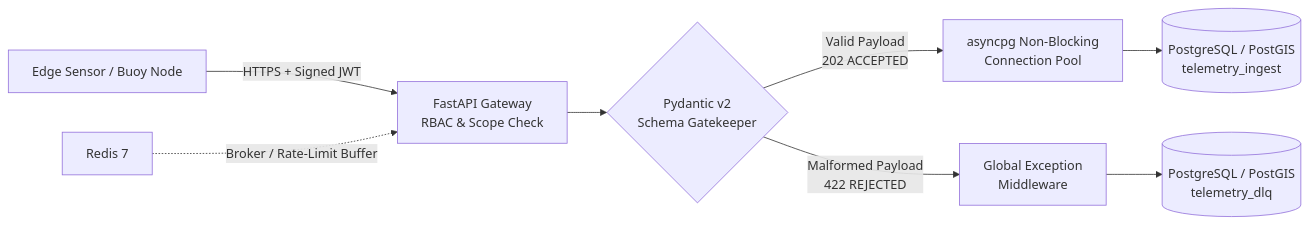
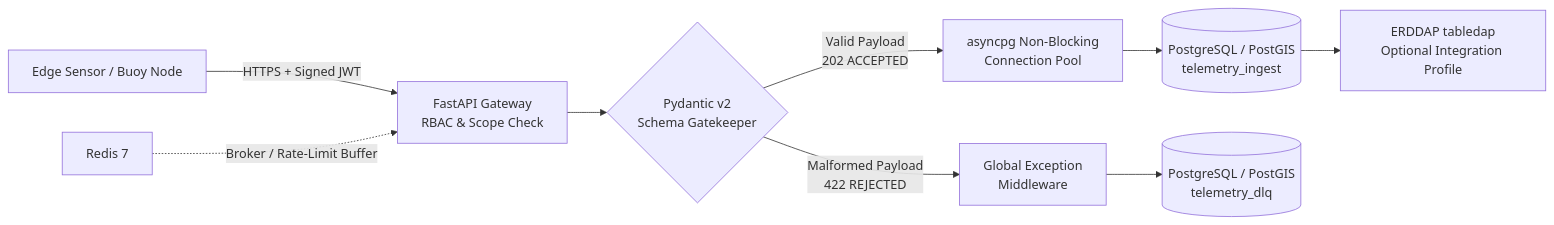
Before and after one commit to NixonDylan/defense-telemetry-pipeline-private: the diagram in README.md, drawn with Mermaid. The commit also changed other lines of this file, not shown here.

First line of the commit message:
Update README with Redis and ERDDAP integration

````diff
--- a/README.md
+++ b/README.md
@@ -9,10 +9,11 @@
 ```mermaid
 flowchart LR
     A[Edge Sensor / Buoy Node] -->|HTTPS + Signed JWT| B[FastAPI Gateway<br/>RBAC & Scope Check]
     B --> C{Pydantic v2<br/>Schema Gatekeeper}
     C -->|Valid Payload<br/>202 ACCEPTED| D[asyncpg Non-Blocking<br/>Connection Pool]
     C -->|Malformed Payload<br/>422 REJECTED| E[Global Exception<br/>Middleware]
     D --> F[(PostgreSQL / PostGIS<br/>telemetry_ingest)]
     E --> G[(PostgreSQL / PostGIS<br/>telemetry_dlq)]
+    F --> I[ERDDAP tabledap<br/>Optional Integration Profile]
     H[Redis 7] -.->|Broker / Rate-Limit Buffer| B
 ```
````
